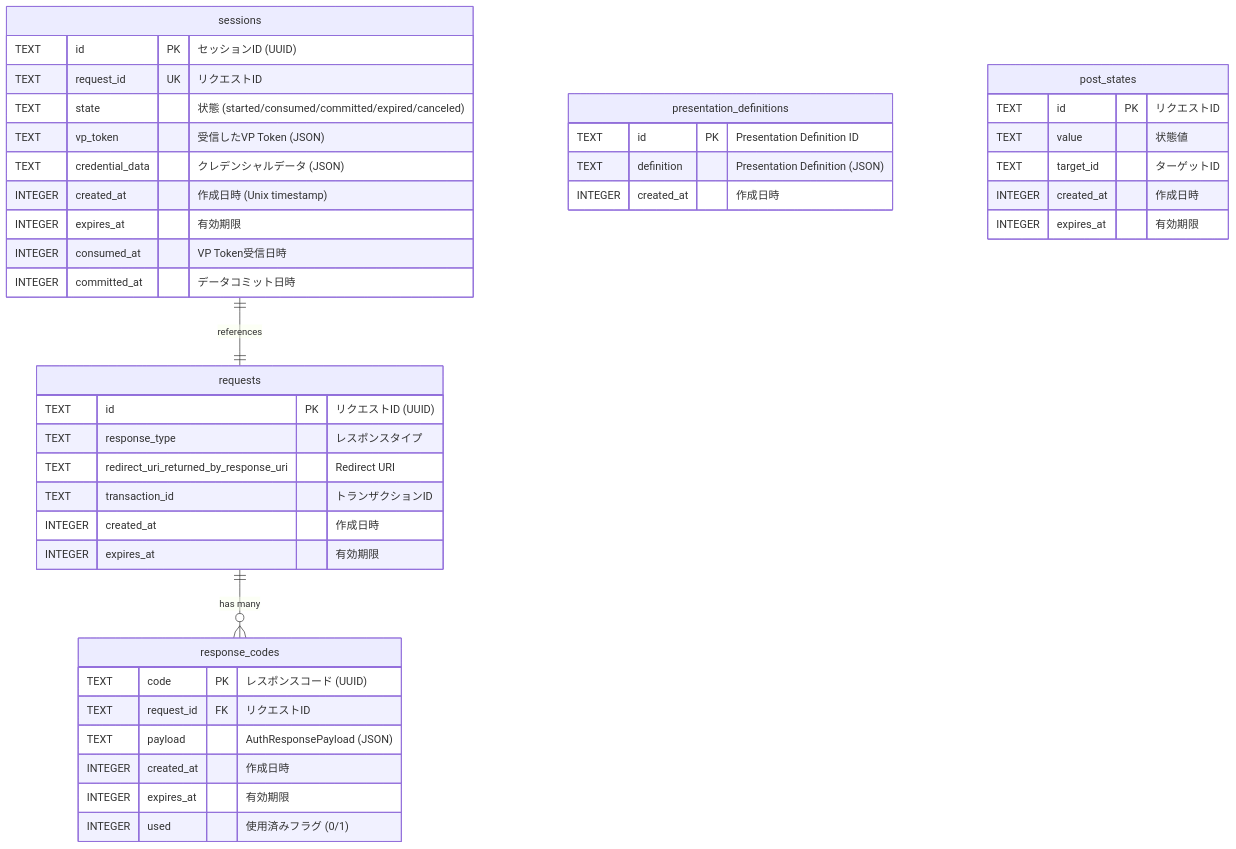
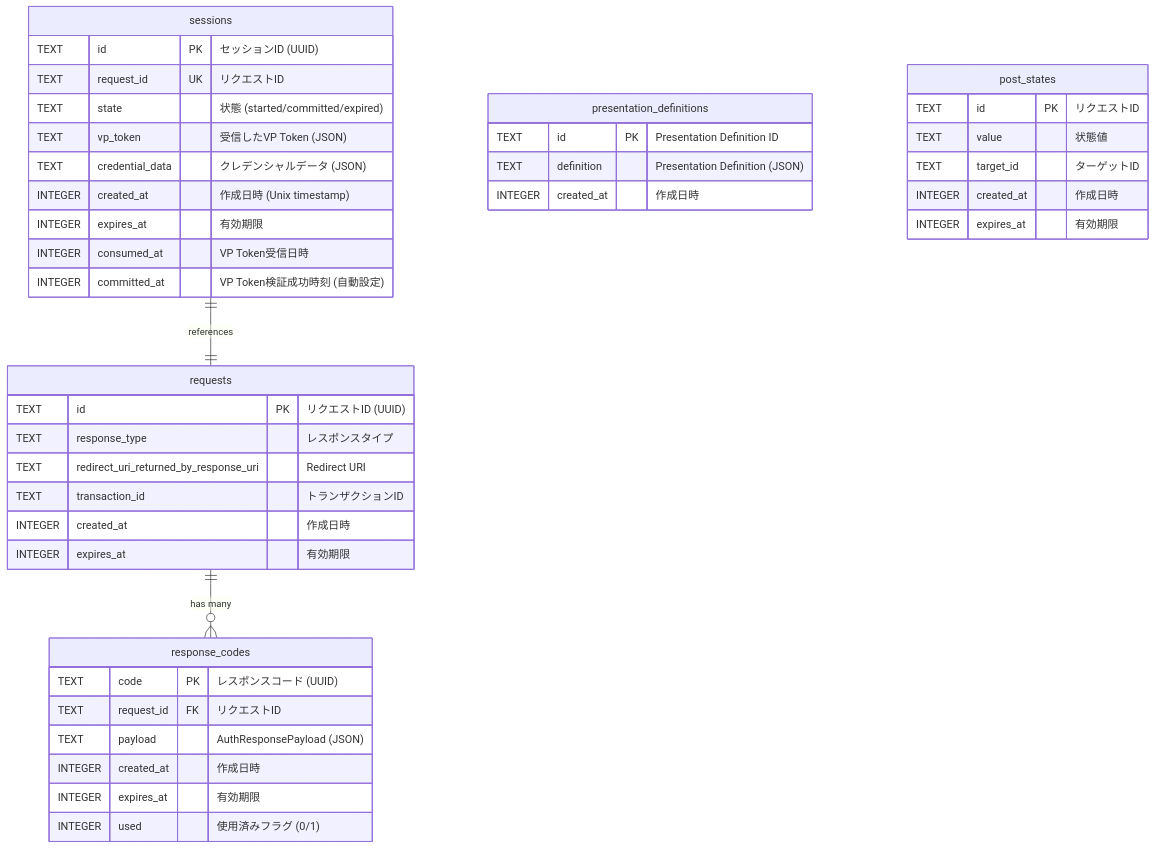
The diagram in docs/er.md (OWND-Project/OWND-Project-VP), drawn with Mermaid before and after one commit. The commit also changed 4 other files, not shown here.

````diff
--- a/docs/er.md
+++ b/docs/er.md
@@ -5,49 +5,49 @@
 ```mermaid
 erDiagram
     sessions ||--|| requests : "references"
     requests ||--o{ response_codes : "has many"
 
     sessions {
         TEXT id PK "セッションID (UUID)"
         TEXT request_id UK "リクエストID"
-        TEXT state "状態 (started/consumed/committed/expired/canceled)"
+        TEXT state "状態 (started/committed/expired)"
         TEXT vp_token "受信したVP Token (JSON)"
         TEXT credential_data "クレデンシャルデータ (JSON)"
         INTEGER created_at "作成日時 (Unix timestamp)"
         INTEGER expires_at "有効期限"
         INTEGER consumed_at "VP Token受信日時"
-        INTEGER committed_at "データコミット日時"
+        INTEGER committed_at "VP Token検証成功時刻 (自動設定)"
     }
 
     requests {
         TEXT id PK "リクエストID (UUID)"
         TEXT response_type "レスポンスタイプ"
         TEXT redirect_uri_returned_by_response_uri "Redirect URI"
         TEXT transaction_id "トランザクションID"
         INTEGER created_at "作成日時"
         INTEGER expires_at "有効期限"
     }
 
     response_codes {
         TEXT code PK "レスポンスコード (UUID)"
         TEXT request_id FK "リクエストID"
         TEXT payload "AuthResponsePayload (JSON)"
         INTEGER created_at "作成日時"
         INTEGER expires_at "有効期限"
         INTEGER used "使用済みフラグ (0/1)"
     }
 
     presentation_definitions {
         TEXT id PK "Presentation Definition ID"
         TEXT definition "Presentation Definition (JSON)"
         INTEGER created_at "作成日時"
     }
 
     post_states {
         TEXT id PK "リクエストID"
         TEXT value "状態値"
         TEXT target_id "ターゲットID"
         INTEGER created_at "作成日時"
         INTEGER expires_at "有効期限"
     }
 ```
````
